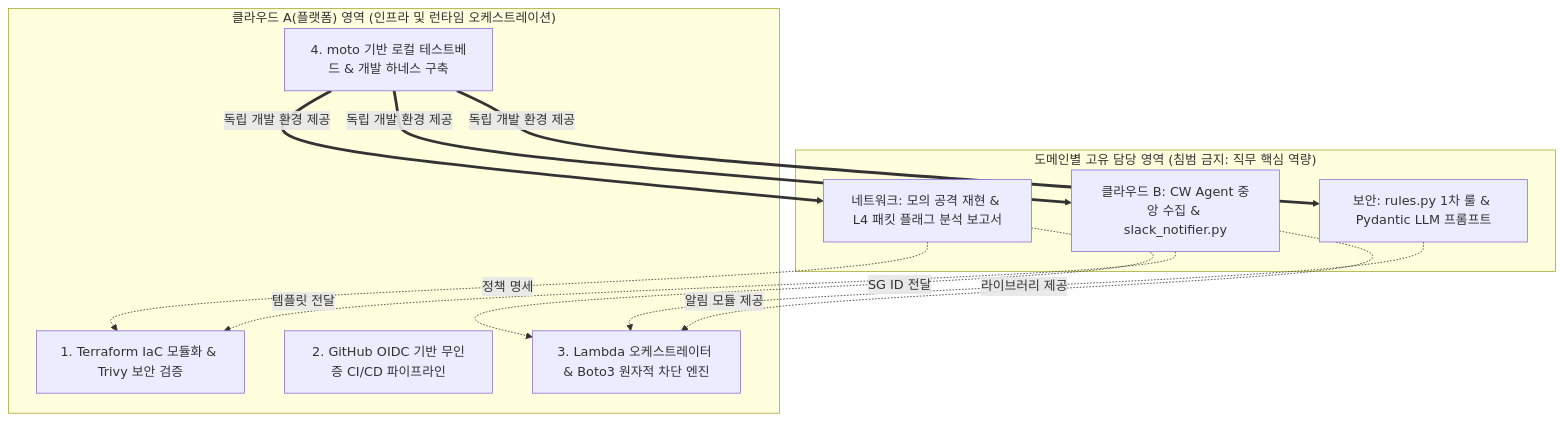
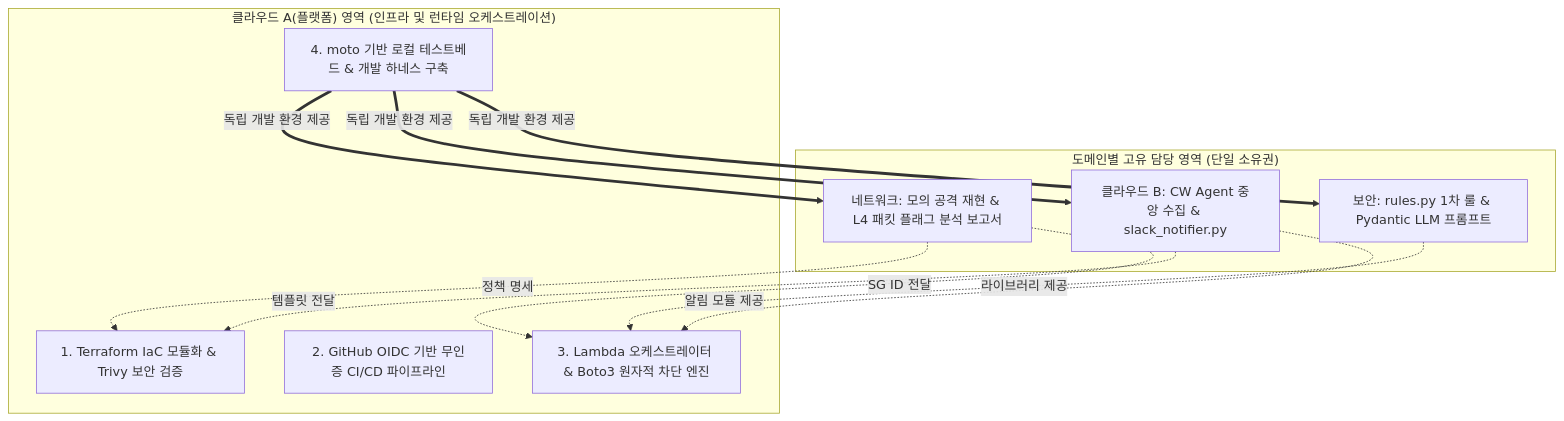
Before and after one commit to mmmphyun/aleph-project: the diagram in docs/01_project_overview.md, drawn with Mermaid. The commit also changed other lines of this file and 13 other files, not shown here.

````diff
--- a/docs/01_project_overview.md
+++ b/docs/01_project_overview.md
@@ -74,25 +74,25 @@
 ```mermaid
 flowchart TD
-    subgraph S1 ["도메인별 고유 담당 영역 (침범 금지: 직무 핵심 역량)"]
+    subgraph S1 ["도메인별 고유 담당 영역 (단일 소유권)"]
         NET["네트워크: 모의 공격 재현 & L4 패킷 플래그 분석 보고서"]
         SEC["보안: rules.py 1차 룰 & Pydantic LLM 프롬프트"]
         CLB["클라우드 B: CW Agent 중앙 수집 & slack_notifier.py"]
     end
 
     subgraph S2 ["클라우드 A(플랫폼) 영역 (인프라 및 런타임 오케스트레이션)"]
         TF["1. Terraform IaC 모듈화 & Trivy 보안 검증"]
         CICD["2. GitHub OIDC 기반 무인증 CI/CD 파이프라인"]
         ORCH["3. Lambda 오케스트레이터 & Boto3 원자적 차단 엔진"]
         HARNESS["4. moto 기반 로컬 테스트베드 & 개발 하네스 구축"]
     end
 
     NET -.->|정책 명세| TF
     NET -.->|SG ID 전달| ORCH
     SEC -.->|라이브러리 제공| ORCH
     CLB -.->|템플릿 전달| TF
     CLB -.->|알림 모듈 제공| ORCH
 
     HARNESS ==>|독립 개발 환경 제공| NET
     HARNESS ==>|독립 개발 환경 제공| SEC
     HARNESS ==>|독립 개발 환경 제공| CLB
 ```
````
